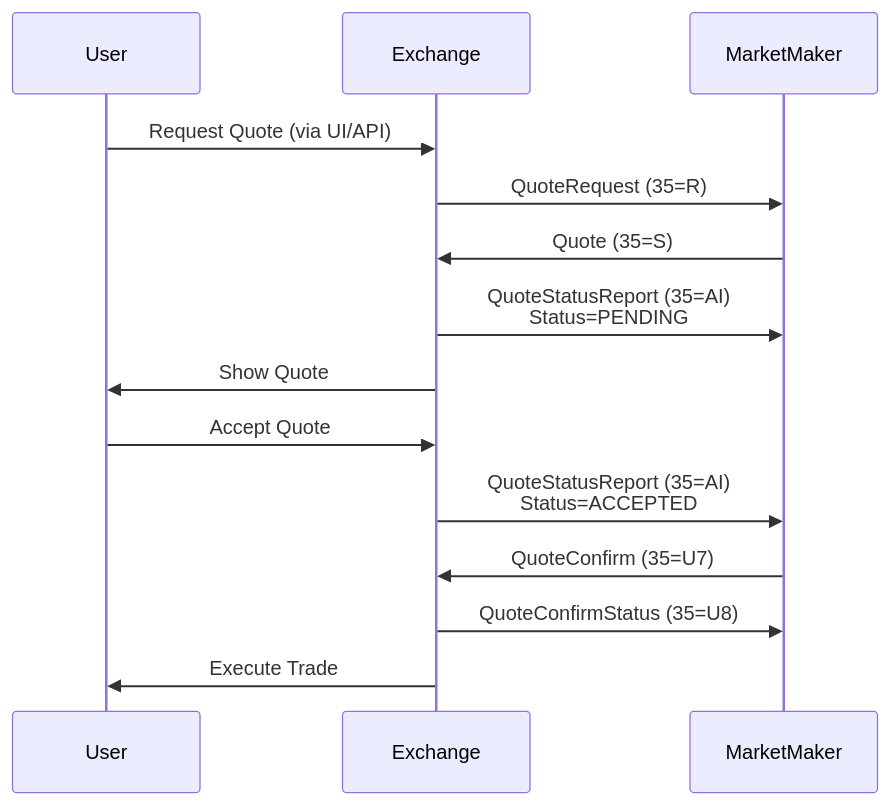
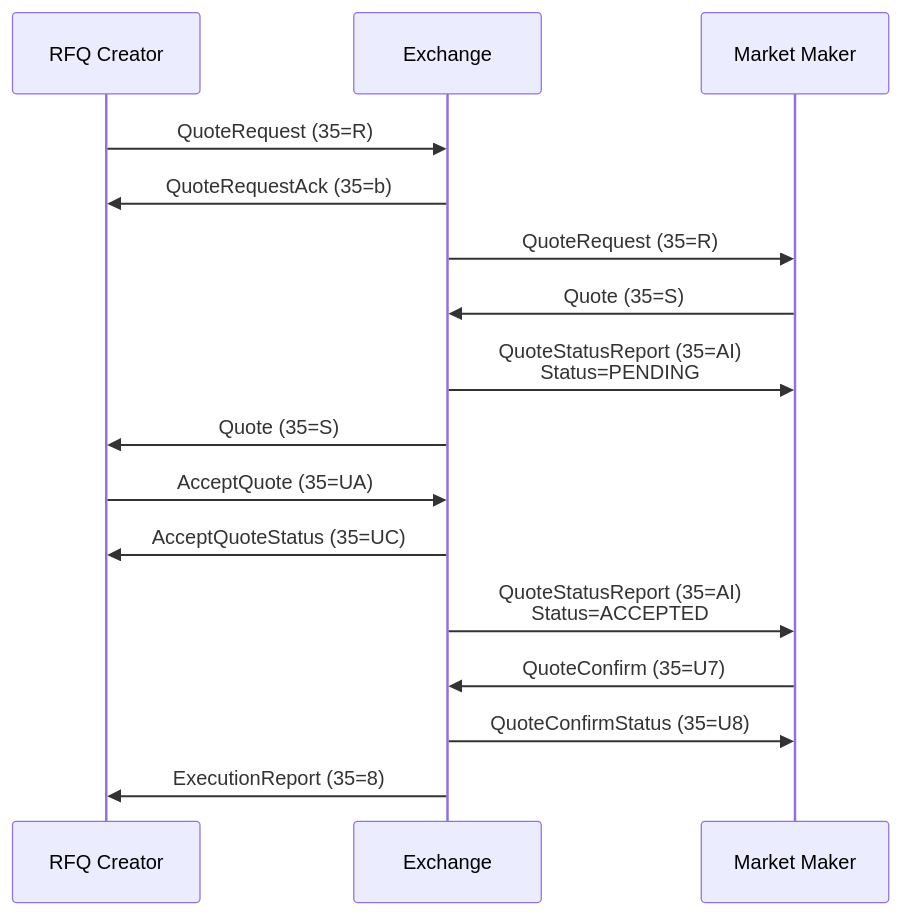
Before and after one commit to ebowwa/dailydocupdates: the diagram in docs/kalshi/fix/rfq-messages.md, drawn with Mermaid. The commit also changed other lines of this file and 152 other files, not shown here.

````diff
--- a/docs/kalshi/fix/rfq-messages.md
+++ b/docs/kalshi/fix/rfq-messages.md
@@ -26,17 +42,19 @@
 ```mermaid  theme={null}
 sequenceDiagram
-    participant User
+    participant Creator as RFQ Creator
     participant Exchange
-    participant MarketMaker
+    participant MarketMaker as Market Maker
 
-    User->>Exchange: Request Quote (via UI/API)
+    Creator->>Exchange: QuoteRequest (35=R)
+    Exchange->>Creator: QuoteRequestAck (35=b)
     Exchange->>MarketMaker: QuoteRequest (35=R)
     MarketMaker->>Exchange: Quote (35=S)
     Exchange->>MarketMaker: QuoteStatusReport (35=AI)<br/>Status=PENDING
-    Exchange->>User: Show Quote
-    User->>Exchange: Accept Quote
+    Exchange->>Creator: Quote (35=S)
+    Creator->>Exchange: AcceptQuote (35=UA)
+    Exchange->>Creator: AcceptQuoteStatus (35=UC)
     Exchange->>MarketMaker: QuoteStatusReport (35=AI)<br/>Status=ACCEPTED
     MarketMaker->>Exchange: QuoteConfirm (35=U7)
     Exchange->>MarketMaker: QuoteConfirmStatus (35=U8)
-    Exchange->>User: Execute Trade
+    Exchange->>Creator: ExecutionReport (35=8)
 ```
````
